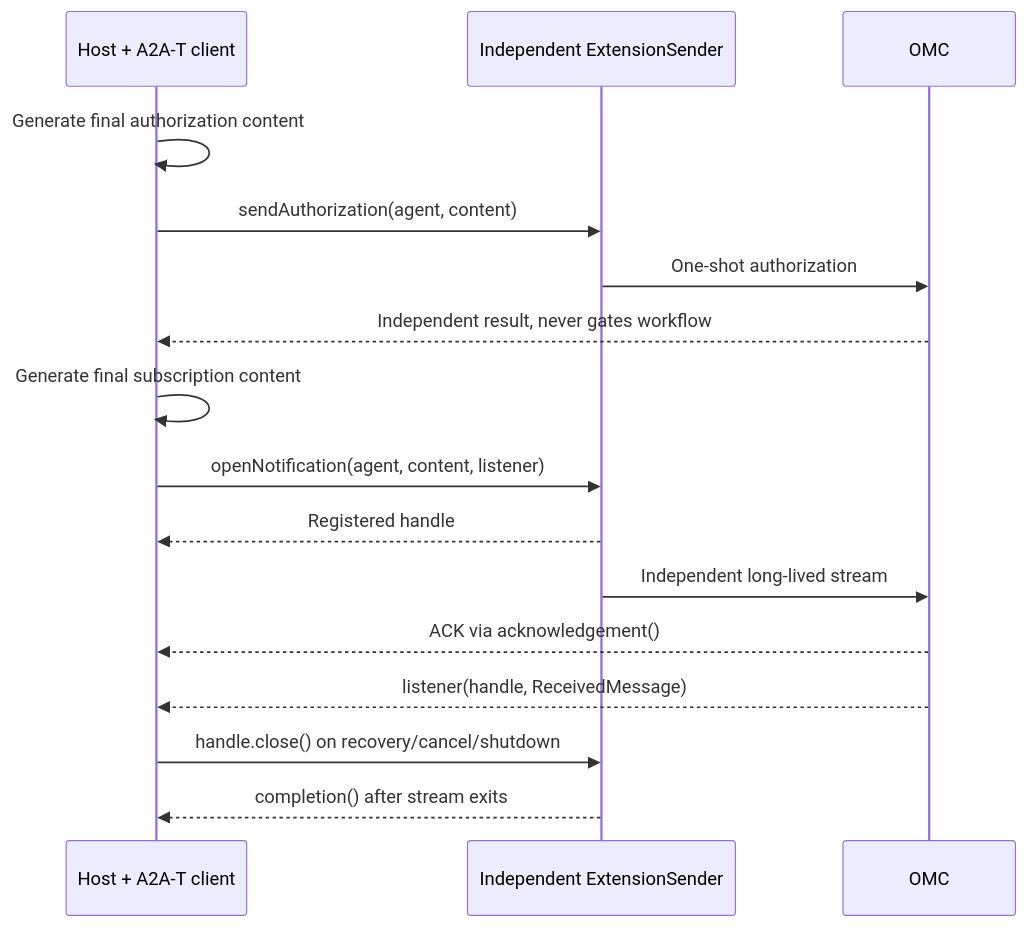
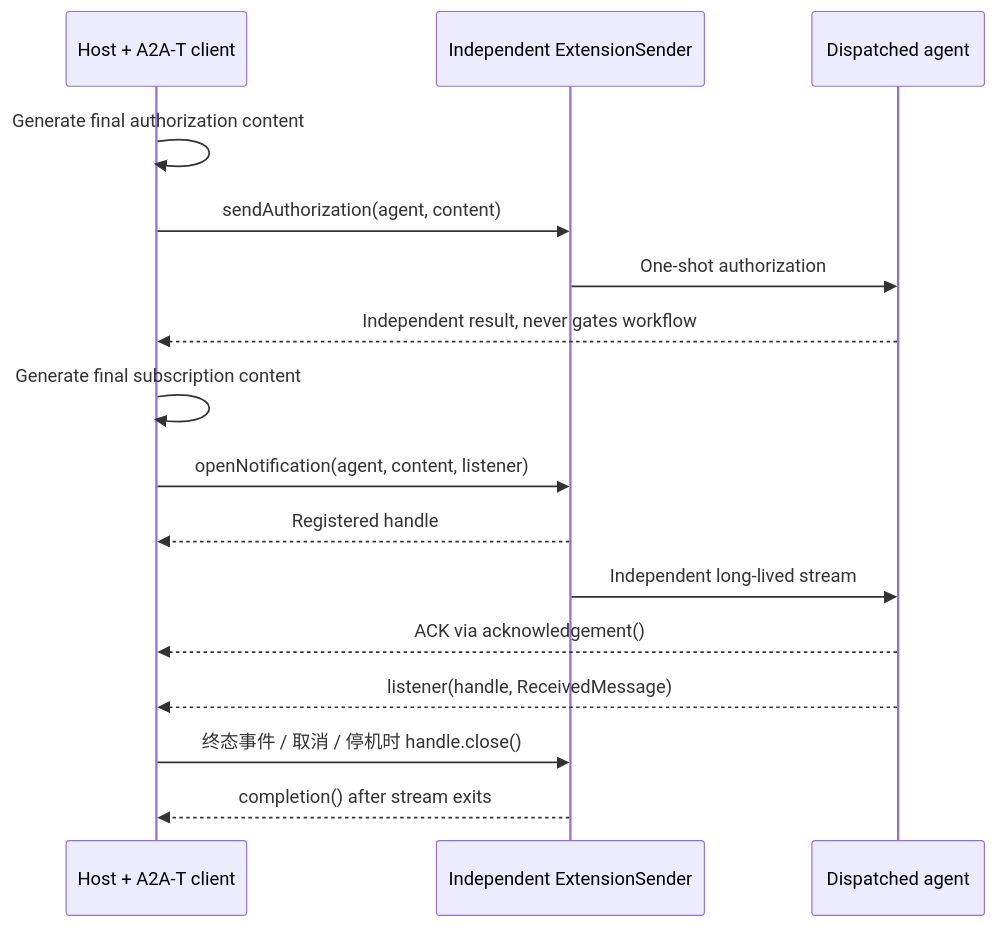
Before and after one commit to Zhoujie628/workflow-engine-sdk-java: the fourth of 4 diagrams in docs/zh/DESIGN.md, drawn with Mermaid. The commit also changed other lines of this file and 17 other files, not shown here.

````diff
--- a/docs/zh/DESIGN.md
+++ b/docs/zh/DESIGN.md
@@ -239,18 +234,18 @@
 ```mermaid
 sequenceDiagram
     participant H as Host + A2A-T client
     participant ES as Independent ExtensionSender
-    participant A as OMC
+    participant A as Dispatched agent
     H->>H: Generate final authorization content
     H->>ES: sendAuthorization(agent, content)
     ES->>A: One-shot authorization
     A-->>H: Independent result, never gates workflow
     H->>H: Generate final subscription content
     H->>ES: openNotification(agent, content, listener)
     ES-->>H: Registered handle
     ES->>A: Independent long-lived stream
     A-->>H: ACK via acknowledgement()
     A-->>H: listener(handle, ReceivedMessage)
-    H->>ES: handle.close() on recovery/cancel/shutdown
+    H->>ES: 终态事件 / 取消 / 停机时 handle.close()
     ES-->>H: completion() after stream exits
 ```
````
